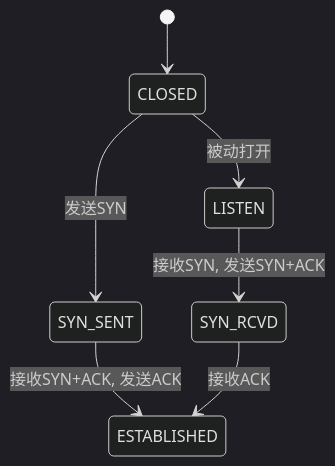
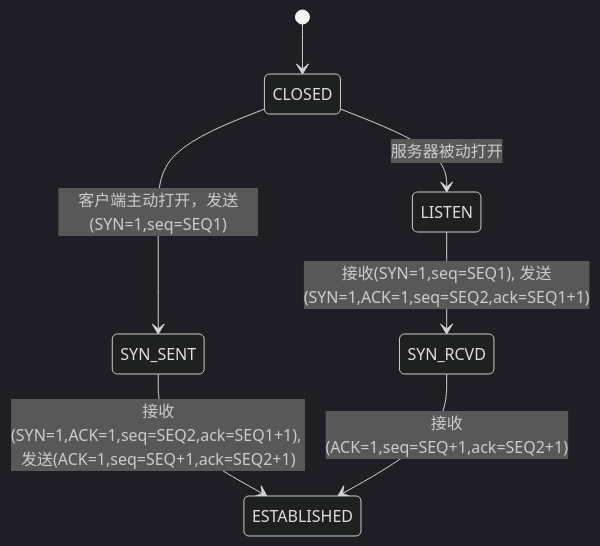
The third of 8 diagrams in _posts/2025-08-13-Web-Page.md (vincent-sjh/vincent-sjh.github.io), drawn with Mermaid (dark theme) before and after one commit. The commit also changed other lines of this file, not shown here.

````diff
--- a/_posts/2025-08-13-Web-Page.md
+++ b/_posts/2025-08-13-Web-Page.md
@@ -160,9 +160,9 @@
 ```mermaid
 stateDiagram-v2
     [*] --> CLOSED
-    CLOSED --> SYN_SENT: 发送SYN
-    SYN_SENT --> ESTABLISHED: 接收SYN+ACK, 发送ACK
-    CLOSED --> LISTEN: 被动打开
-    LISTEN --> SYN_RCVD: 接收SYN, 发送SYN+ACK
-    SYN_RCVD --> ESTABLISHED: 接收ACK
+    CLOSED --> SYN_SENT: 客户端主动打开，发送(SYN=1,seq=SEQ1)
+    SYN_SENT --> ESTABLISHED: 接收(SYN=1,ACK=1,seq=SEQ2,ack=SEQ1+1), 发送(ACK=1,seq=SEQ+1,ack=SEQ2+1)
+    CLOSED --> LISTEN: 服务器被动打开
+    LISTEN --> SYN_RCVD: 接收(SYN=1,seq=SEQ1), 发送(SYN=1,ACK=1,seq=SEQ2,ack=SEQ1+1)
+    SYN_RCVD --> ESTABLISHED: 接收(ACK=1,seq=SEQ+1,ack=SEQ2+1)
 ```
````
